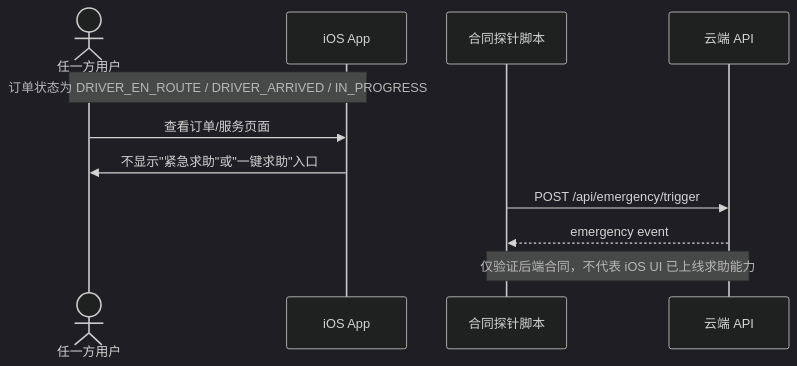
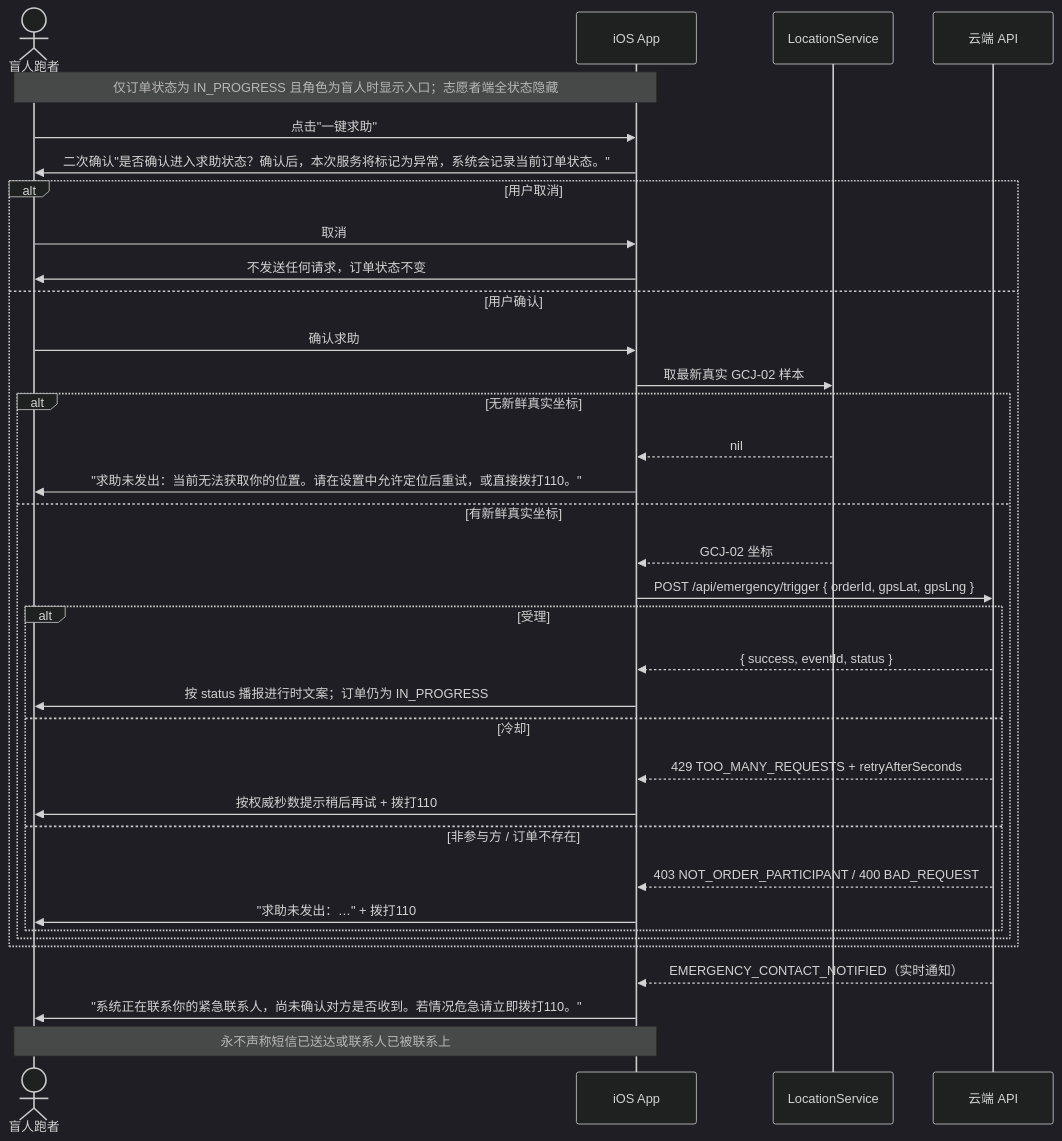
The fifth of 8 diagrams in docs/04-user-flows-and-state-machine.md (Jayden23018/blind-run-ios), drawn with Mermaid (dark theme) before and after one commit. The commit also changed other lines of this file and 33 other files, not shown here.

````diff
--- a/docs/04-user-flows-and-state-machine.md
+++ b/docs/04-user-flows-and-state-machine.md
@@ -258,16 +265,41 @@
 ```mermaid
 sequenceDiagram
-    actor User as 任一方用户
+    actor BR as 盲人跑者
     participant App as iOS App
-    participant Probe as 合同探针脚本
+    participant Loc as LocationService
     participant API as 云端 API
 
-    Note over User,App: 订单状态为 DRIVER_EN_ROUTE / DRIVER_ARRIVED / IN_PROGRESS
+    Note over BR,App: 仅订单状态为 IN_PROGRESS 且角色为盲人时显示入口；志愿者端全状态隐藏
 
-    User->>App: 查看订单/服务页面
-    App->>User: 不显示"紧急求助"或"一键求助"入口
+    BR->>App: 点击"一键求助"
+    App->>BR: 二次确认"是否确认进入求助状态？确认后，本次服务将标记为异常，系统会记录当前订单状态。"
 
-    Probe->>API: POST /api/emergency/trigger
-    API-->>Probe: emergency event
-    Note over Probe,API: 仅验证后端合同，不代表 iOS UI 已上线求助能力
+    alt 用户取消
+        BR->>App: 取消
+        App->>BR: 不发送任何请求，订单状态不变
+    else 用户确认
+        BR->>App: 确认求助
+        App->>Loc: 取最新真实 GCJ-02 样本
+        alt 无新鲜真实坐标
+            Loc-->>App: nil
+            App->>BR: "求助未发出：当前无法获取你的位置。请在设置中允许定位后重试，或直接拨打110。"
+        else 有新鲜真实坐标
+            Loc-->>App: GCJ-02 坐标
+            App->>API: POST /api/emergency/trigger { orderId, gpsLat, gpsLng }
+            alt 受理
+                API-->>App: { success, eventId, status }
+                App->>BR: 按 status 播报进行时文案；订单仍为 IN_PROGRESS
+            else 冷却
+                API-->>App: 429 TOO_MANY_REQUESTS + retryAfterSeconds
+                App->>BR: 按权威秒数提示稍后再试 + 拨打110
+            else 非参与方 / 订单不存在
+                API-->>App: 403 NOT_ORDER_PARTICIPANT / 400 BAD_REQUEST
+                App->>BR: "求助未发出：…" + 拨打110
+            end
+        end
+    end
+
+    API-->>App: EMERGENCY_CONTACT_NOTIFIED（实时通知）
+    App->>BR: "系统正在联系你的紧急联系人，尚未确认对方是否收到。若情况危急请立即拨打110。"
+    Note over App,BR: 永不声称短信已送达或联系人已被联系上
 ```
````
